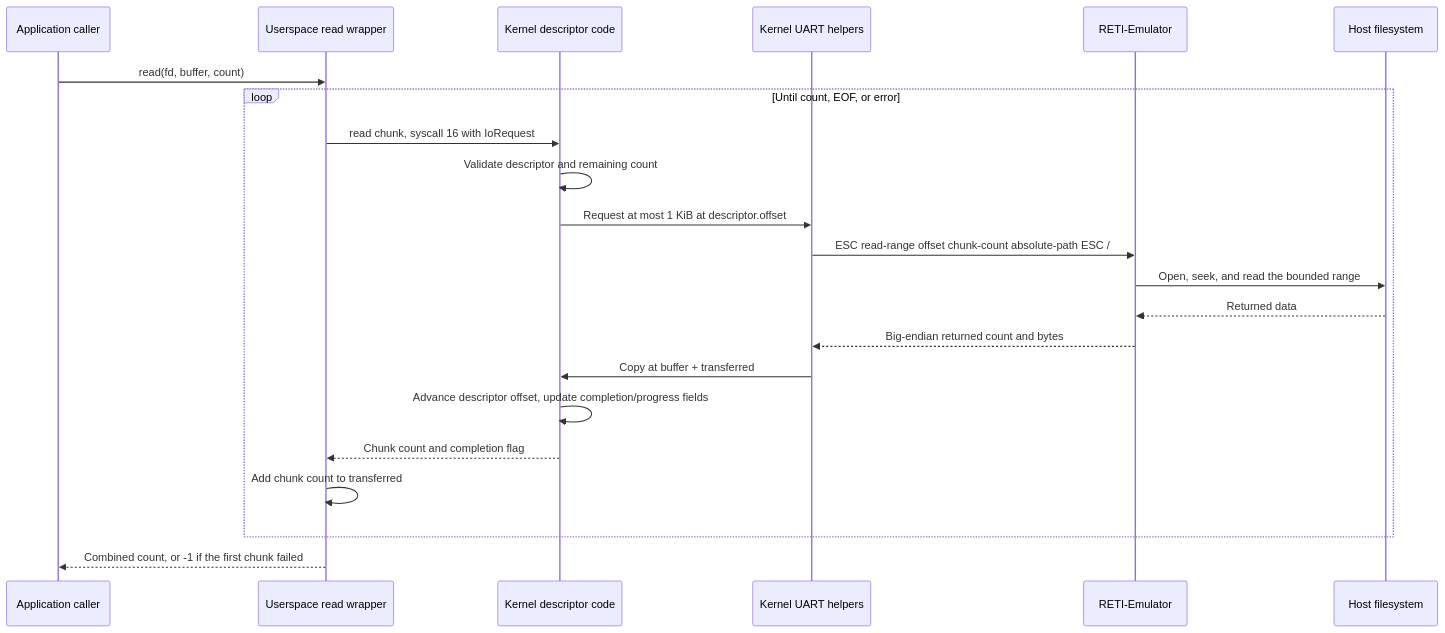
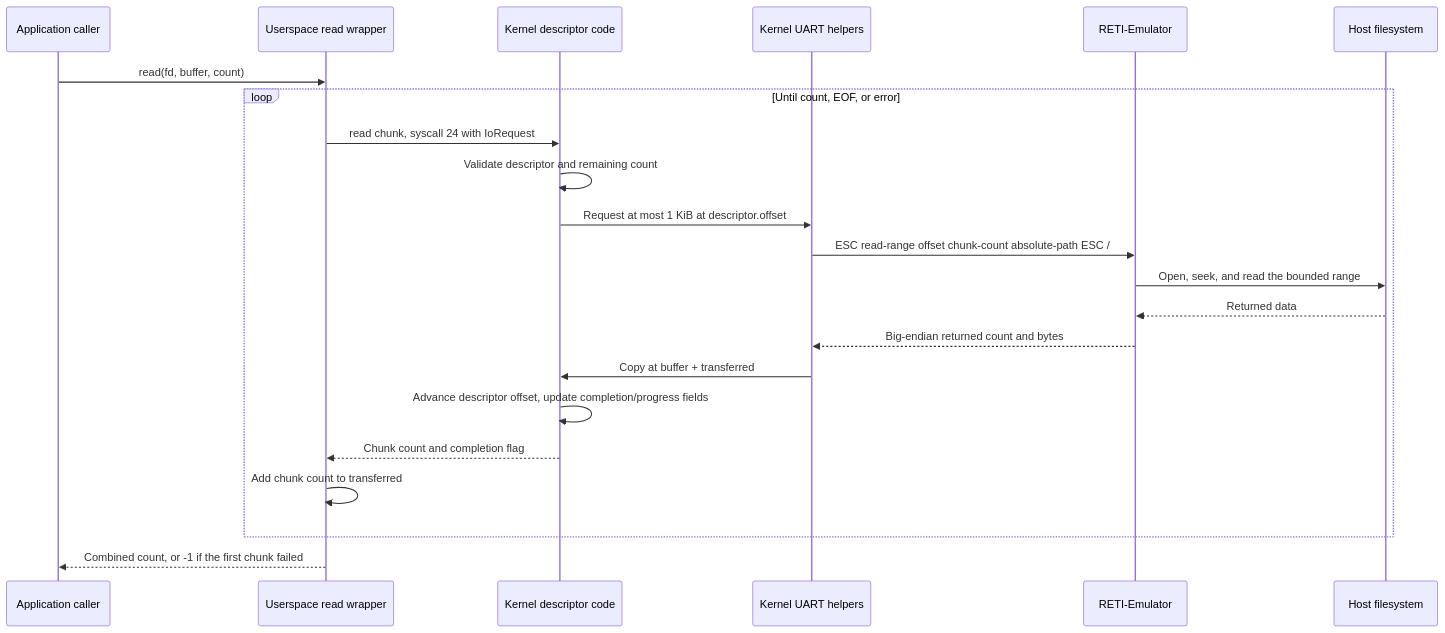
One commit to matthejue/Pico-OS changed diagram 22 of 30 in README.md. Above: the diagram before and after it, drawn with Mermaid. The commit also changed other lines of this file and 8 other files, not shown here.

````diff
--- a/README.md
+++ b/README.md
@@ -3015,25 +3012,25 @@
 ```mermaid
 sequenceDiagram
     participant C as Application caller
     participant A as Userspace read wrapper
     participant K as Kernel descriptor code
     participant U as Kernel UART helpers
     participant E as RETI-Emulator
     participant H as Host filesystem
 
     C->>A: read(fd, buffer, count)
     loop Until count, EOF, or error
-        A->>K: read chunk, syscall 16 with IoRequest
+        A->>K: read chunk, syscall 24 with IoRequest
         K->>K: Validate descriptor and remaining count
         K->>U: Request at most 1 KiB at descriptor.offset
         U->>E: ESC read-range offset chunk-count absolute-path ESC /
         E->>H: Open, seek, and read the bounded range
         H-->>E: Returned data
         E-->>U: Big-endian returned count and bytes
         U->>K: Copy at buffer + transferred
         K->>K: Advance descriptor offset, update completion/progress fields
         K-->>A: Chunk count and completion flag
         A->>A: Add chunk count to transferred
     end
     A-->>C: Combined count, or -1 if the first chunk failed
 ```
````
